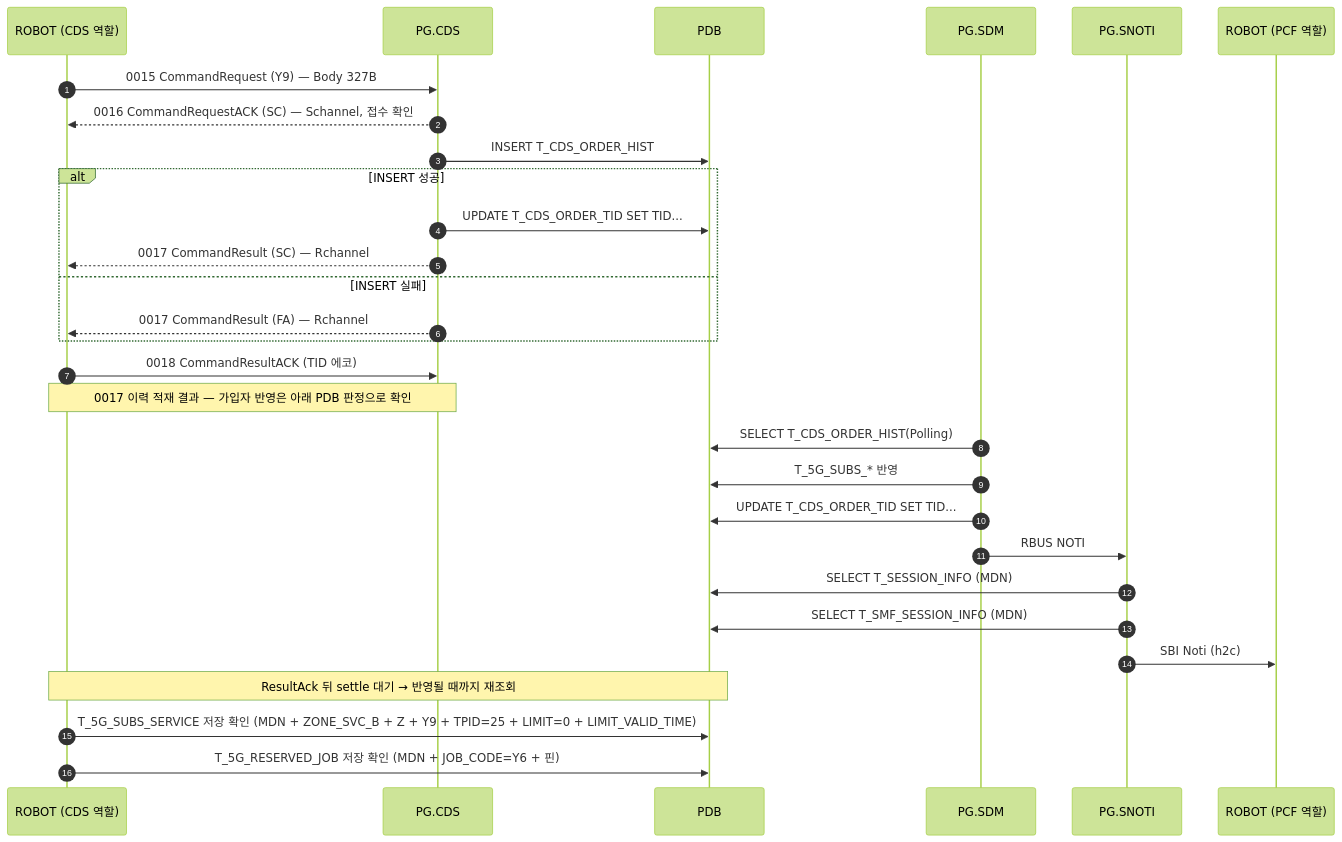
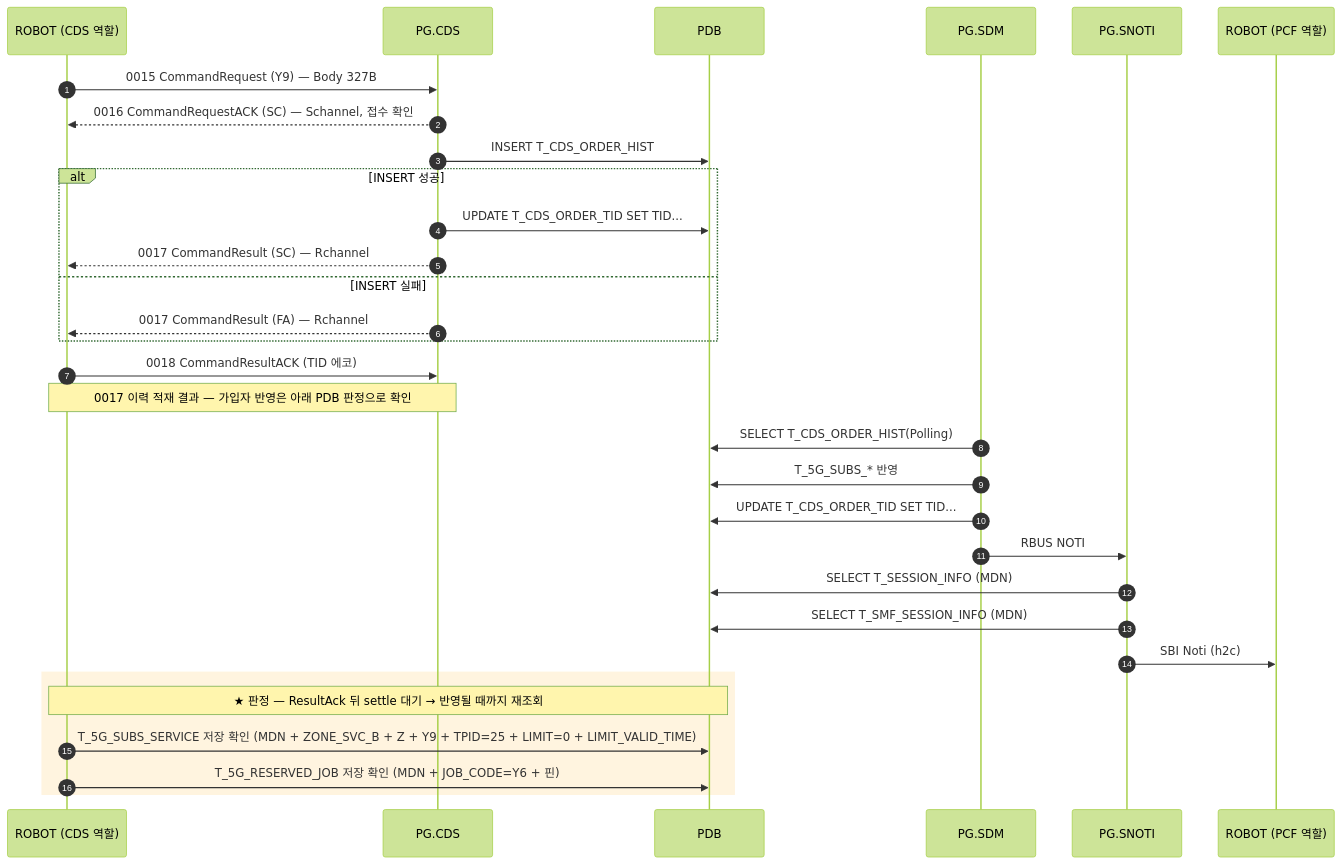
Before and after one commit to IanKim2030/tc4robot: the diagram in docs/callflow/CDS_Y9.md, drawn with Mermaid (forest theme). The commit also changed 19 other files, not shown here.

````diff
--- a/docs/callflow/CDS_Y9.md
+++ b/docs/callflow/CDS_Y9.md
@@ -17,33 +17,35 @@
 ```mermaid
 sequenceDiagram
     autonumber
     participant TOOL as ROBOT (CDS 역할)
     participant PCDS as PG.CDS
     participant PDB as PDB
     participant SDM as PG.SDM
     participant SNOTI as PG.SNOTI
     participant PCF as ROBOT (PCF 역할)
 
     TOOL->>PCDS: 0015 CommandRequest (Y9) — Body 327B
     PCDS-->>TOOL: 0016 CommandRequestACK (SC) — Schannel, 접수 확인
     PCDS->>PDB: INSERT T_CDS_ORDER_HIST
     alt INSERT 성공
         PCDS->>PDB: UPDATE T_CDS_ORDER_TID SET TID...
         PCDS-->>TOOL: 0017 CommandResult (SC) — Rchannel
     else INSERT 실패
         PCDS-->>TOOL: 0017 CommandResult (FA) — Rchannel
     end
     TOOL->>PCDS: 0018 CommandResultACK (TID 에코)
     Note over TOOL,PCDS: 0017 이력 적재 결과 — 가입자 반영은 아래 PDB 판정으로 확인
 
     SDM->>PDB: SELECT T_CDS_ORDER_HIST(Polling)
     SDM->>PDB: T_5G_SUBS_* 반영
     SDM->>PDB: UPDATE T_CDS_ORDER_TID SET TID...
     SDM->>SNOTI: RBUS NOTI
     SNOTI->>PDB: SELECT T_SESSION_INFO (MDN)
     SNOTI->>PDB: SELECT T_SMF_SESSION_INFO (MDN)
     SNOTI->>PCF: SBI Noti (h2c)
-    Note over TOOL,PDB: ResultAck 뒤 settle 대기 → 반영될 때까지 재조회
-    TOOL->>PDB: T_5G_SUBS_SERVICE 저장 확인 (MDN + ZONE_SVC_B + Z + Y9 + TPID=25 + LIMIT=0 + LIMIT_VALID_TIME)
-    TOOL->>PDB: T_5G_RESERVED_JOB 저장 확인 (MDN + JOB_CODE=Y6 + 핀)
+    rect rgba(255, 176, 32, 0.14)
+    Note over TOOL,PDB: ★ 판정 — ResultAck 뒤 settle 대기 → 반영될 때까지 재조회
+        TOOL->>PDB: T_5G_SUBS_SERVICE 저장 확인 (MDN + ZONE_SVC_B + Z + Y9 + TPID=25 + LIMIT=0 + LIMIT_VALID_TIME)
+        TOOL->>PDB: T_5G_RESERVED_JOB 저장 확인 (MDN + JOB_CODE=Y6 + 핀)
+    end
 ```
````
